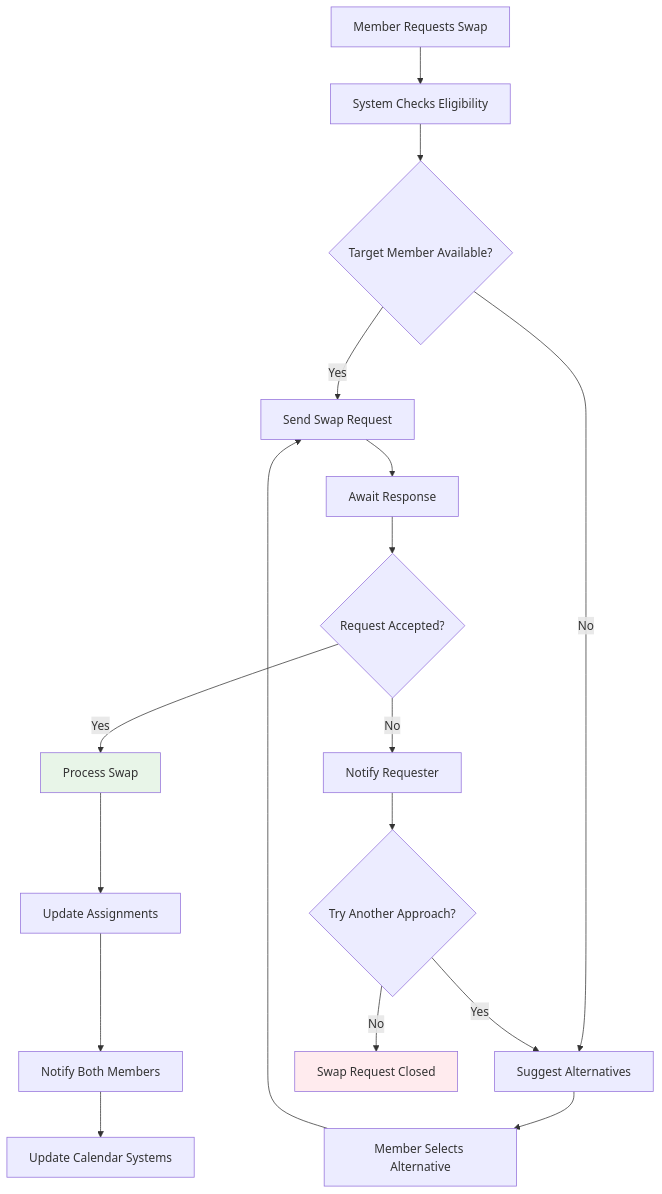
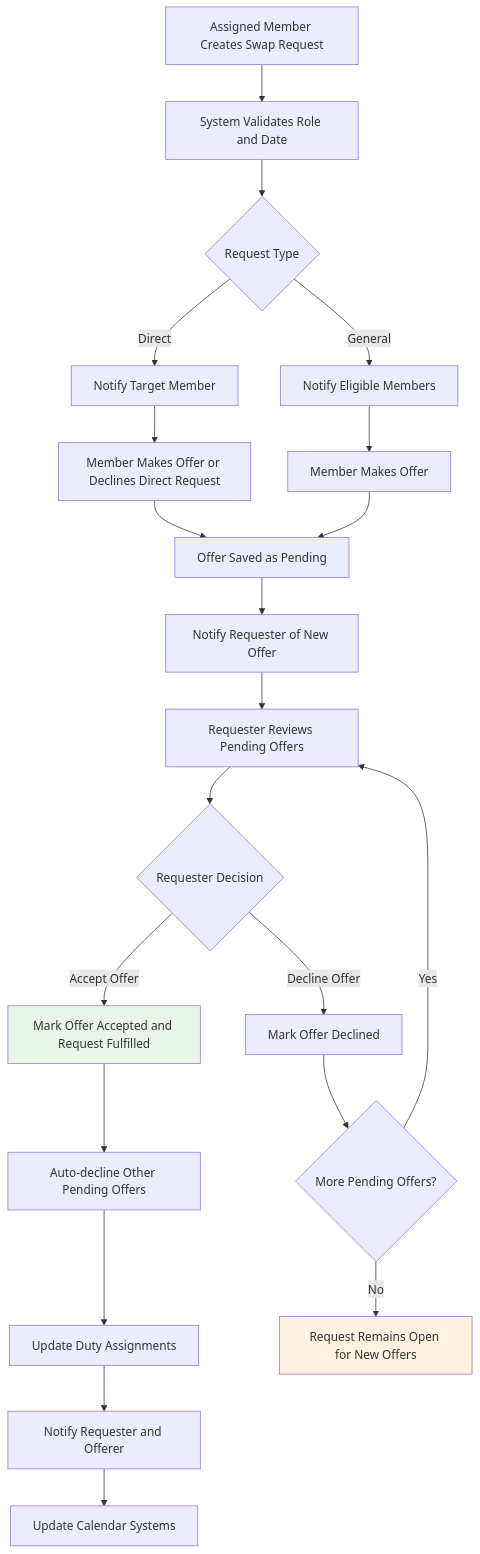
One commit to pietbarber/Manage2Soar changed the tenth of 11 diagrams in docs/workflows/05-duty-roster-workflow.md. Above: the diagram before and after it, drawn with Mermaid.

Commit message:
Update duty swap workflow to include requester offer decisions

````diff
--- a/docs/workflows/05-duty-roster-workflow.md
+++ b/docs/workflows/05-duty-roster-workflow.md
@@ -337,28 +337,33 @@
 ```mermaid
 flowchart TD
-    A[Member Requests Swap] --> B[System Checks Eligibility]
-    B --> C{Target Member Available?}
+    A[Assigned Member Creates Swap Request] --> B[System Validates Role and Date]
+    B --> C{Request Type}
 
-    C -->|Yes| D[Send Swap Request]
-    C -->|No| E[Suggest Alternatives]
+    C -->|Direct| D[Notify Target Member]
+    C -->|General| E[Notify Eligible Members]
 
-    D --> F[Await Response]
-    F --> G{Request Accepted?}
+    D --> F[Member Makes Offer or Declines Direct Request]
+    E --> G[Member Makes Offer]
 
-    G -->|Yes| H[Process Swap]
-    G -->|No| I[Notify Requester]
+    F --> H[Offer Saved as Pending]
+    G --> H
 
-    E --> J[Member Selects Alternative]
-    J --> D
+    H --> I[Notify Requester of New Offer]
+    I --> J[Requester Reviews Pending Offers]
+    J --> K{Requester Decision}
 
-    H --> K[Update Assignments]
-    K --> L[Notify Both Members]
-    L --> M[Update Calendar Systems]
+    K -->|Accept Offer| L[Mark Offer Accepted and Request Fulfilled]
+    K -->|Decline Offer| M[Mark Offer Declined]
 
-    I --> N{Try Another Approach?}
-    N -->|Yes| E
-    N -->|No| O[Swap Request Closed]
+    L --> N[Auto-decline Other Pending Offers]
+    N --> O[Update Duty Assignments]
+    O --> P[Notify Requester and Offerer]
+    P --> Q[Update Calendar Systems]
 
-    style H fill:#e8f5e8
-    style O fill:#ffebee
+    M --> R{More Pending Offers?}
+    R -->|Yes| J
+    R -->|No| S[Request Remains Open for New Offers]
+
+    style L fill:#e8f5e8
+    style S fill:#fff3e0
 ```
````
